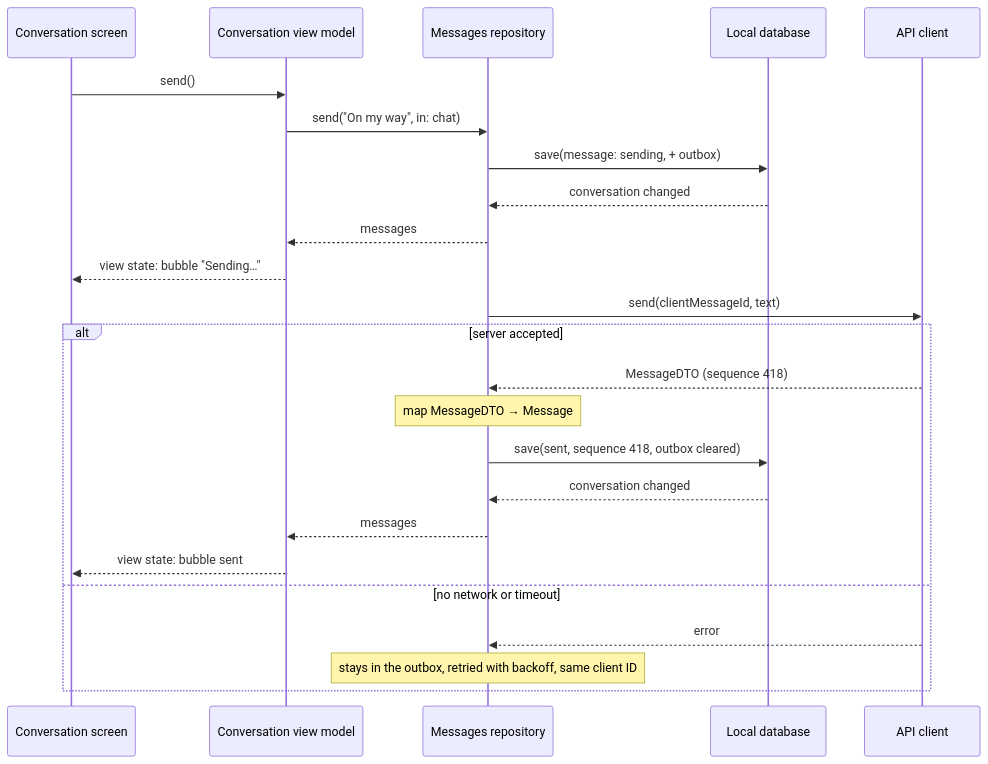
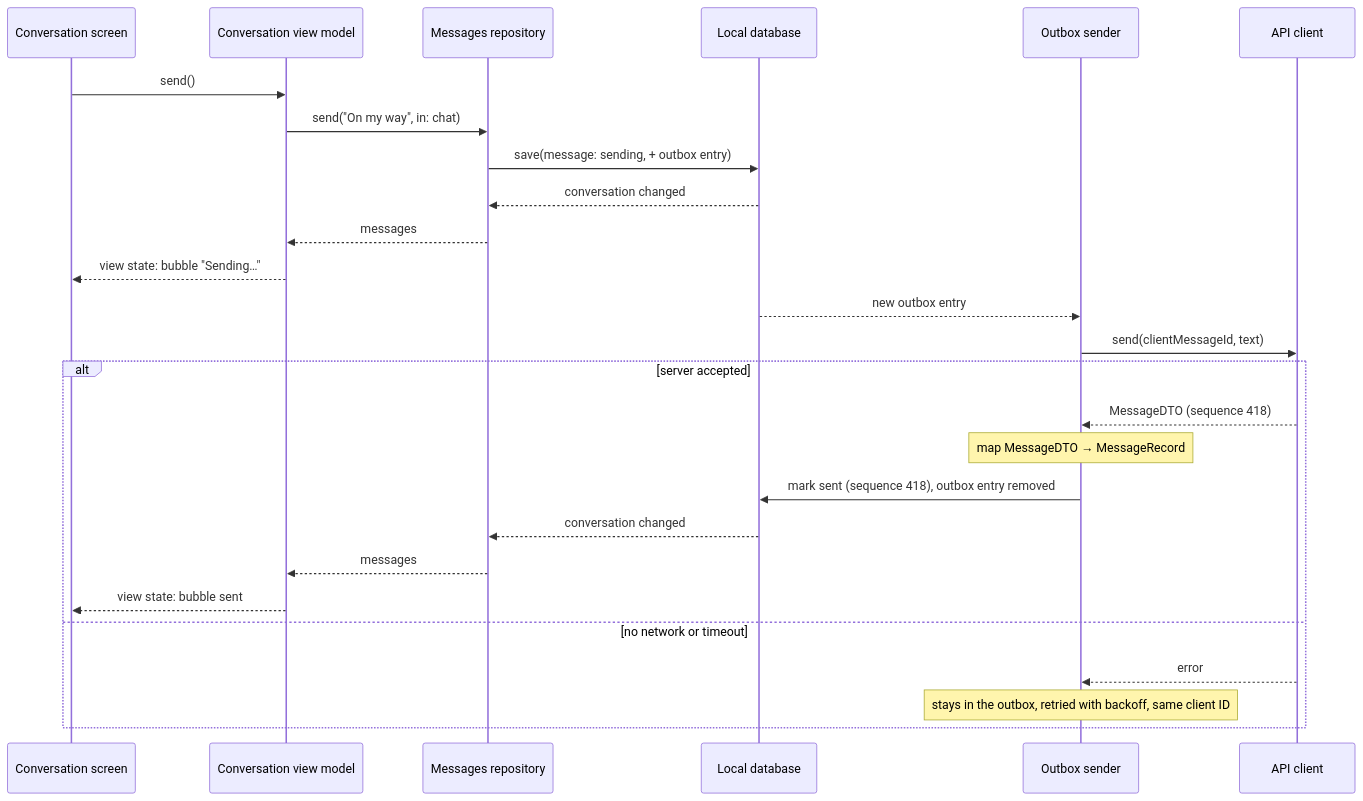
The second of 4 diagrams in topics/system-design/03-chat-client.md (rezabina86/reference-desk), drawn with Mermaid before and after one commit. The commit also changed other lines of this file and 6 other files, not shown here.

````diff
--- a/topics/system-design/03-chat-client.md
+++ b/topics/system-design/03-chat-client.md
@@ -453,26 +516,28 @@
 ```mermaid
 sequenceDiagram
   participant V as Conversation screen
   participant VM as Conversation view model
   participant R as Messages repository
   participant DB as Local database
+  participant O as Outbox sender
   participant A as API client
   V->>VM: send()
   VM->>R: send("On my way", in: chat)
-  R->>DB: save(message: sending, + outbox)
+  R->>DB: save(message: sending, + outbox entry)
   DB-->>R: conversation changed
   R-->>VM: messages
   VM-->>V: view state: bubble "Sending…"
-  R->>A: send(clientMessageId, text)
+  DB-->>O: new outbox entry
+  O->>A: send(clientMessageId, text)
   alt server accepted
-    A-->>R: MessageDTO (sequence 418)
-    Note over R: map MessageDTO → Message
-    R->>DB: save(sent, sequence 418, outbox cleared)
+    A-->>O: MessageDTO (sequence 418)
+    Note over O: map MessageDTO → MessageRecord
+    O->>DB: mark sent (sequence 418), outbox entry removed
     DB-->>R: conversation changed
     R-->>VM: messages
     VM-->>V: view state: bubble sent
   else no network or timeout
-    A-->>R: error
-    Note over R: stays in the outbox, retried with backoff, same client ID
+    A-->>O: error
+    Note over O: stays in the outbox, retried with backoff, same client ID
   end
 ```
````
